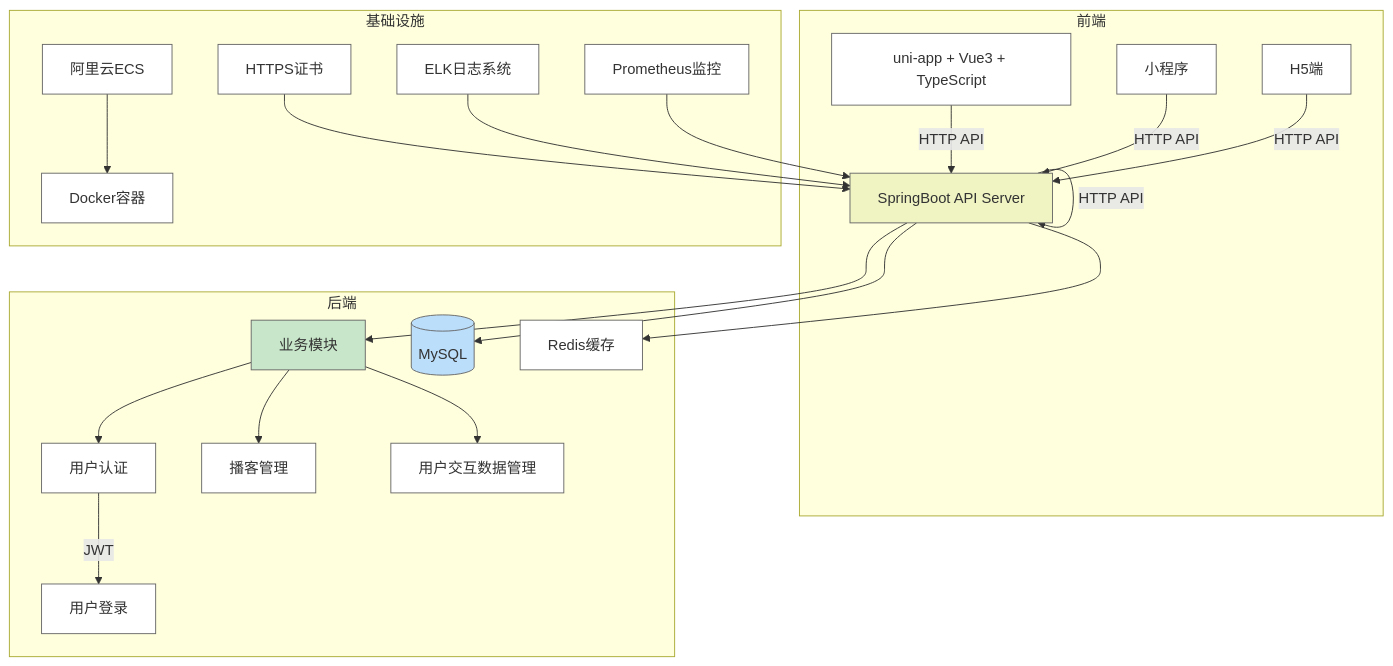
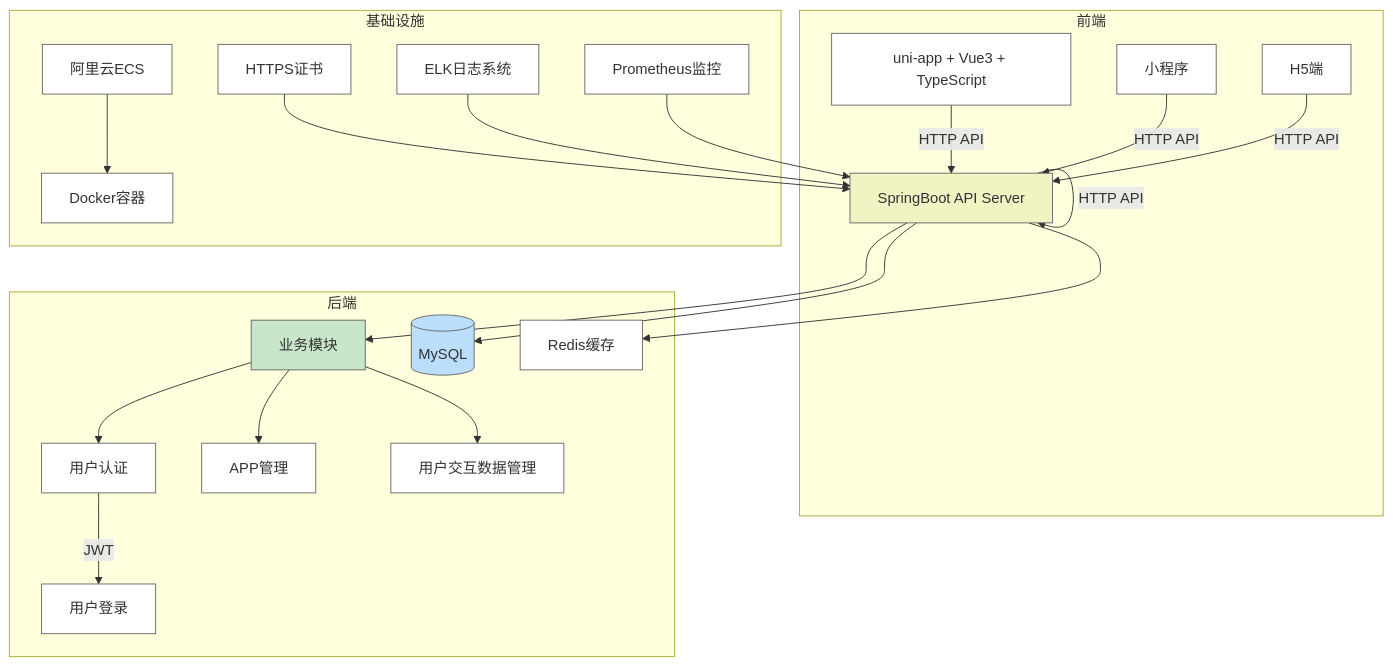
One commit to 2203Group7/docs changed the first of 3 diagrams in architecture/README.md. Above: the diagram before and after it, drawn with Mermaid. The commit also changed other lines of this file, not shown here.

````diff
--- a/architecture/README.md
+++ b/architecture/README.md
@@ -4,32 +4,32 @@
 ```mermaid
 flowchart TB
     subgraph 前端
         A[uni-app + Vue3 + TypeScript] -->|HTTP API| D
         B[小程序] -->|HTTP API| D
         C[H5端] -->|HTTP API| D
         D[App端] -->|HTTP API| D
     end
 
     subgraph 后端
         D[SpringBoot API Server] --> E[业务模块]
         E --> F[用户认证]
-        E --> G[播客管理]
+        E --> G[APP管理]
         E --> H[用户交互数据管理]
         D --> I[(MySQL)]
         D --> J[Redis缓存]
         F -->|JWT| K[用户登录]
     end
 
     subgraph 基础设施
         L[阿里云ECS] --> M[Docker容器]
         N[HTTPS证书] --> D
         O[ELK日志系统] --> D
         P[Prometheus监控] --> D
     end
 
     style D fill:#F0F4C3
     style E fill:#C8E6C9
     style I fill:#BBDEFB
     classDef tech fill:#fff,stroke:#666;
     class A,B,C,D,E,F,G,H,I,J,K,L,M,N,O,P tech
 ```
````
